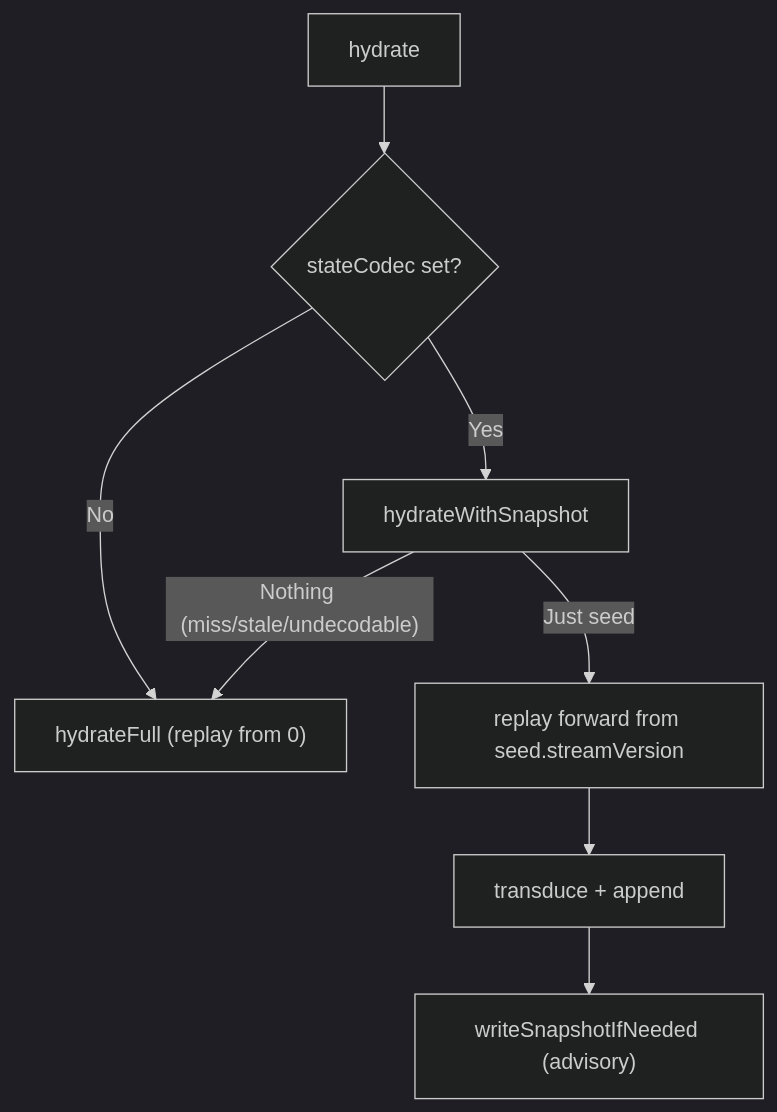
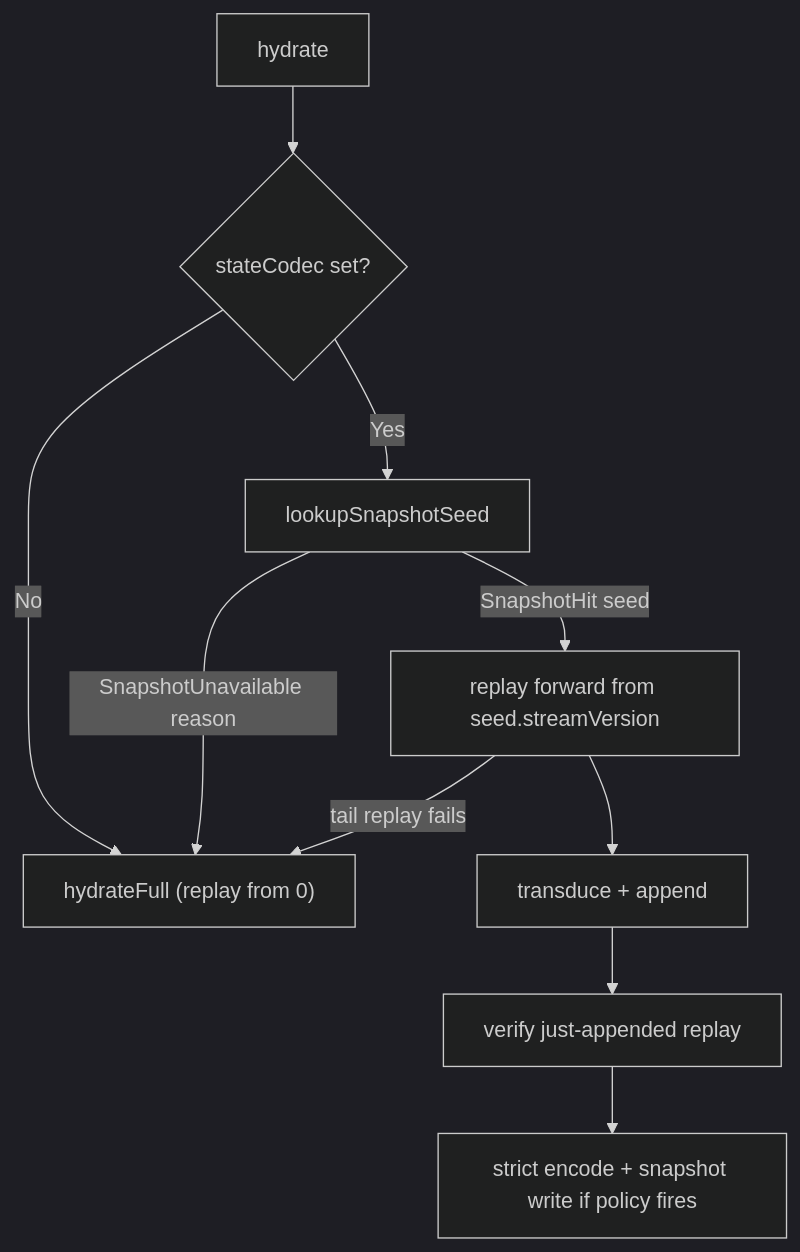
Before and after one commit to shinzui/keiro-runtime-docs: the diagram in content/docs/keiro/explanation/consistency-and-snapshots.mdx, drawn with Mermaid (dark theme). The commit also changed other lines of this file and 14 other files, not shown here.

First line of the commit message:
docs(keiro): explain advisory snapshot recovery

````diff
--- a/content/docs/keiro/explanation/consistency-and-snapshots.mdx
+++ b/content/docs/keiro/explanation/consistency-and-snapshots.mdx
@@ -42,10 +42,12 @@
 ```mermaid
 flowchart TD
   H["hydrate"] --> C{"stateCodec set?"}
   C -- "No" --> Full["hydrateFull (replay from 0)"]
-  C -- "Yes" --> L["hydrateWithSnapshot"]
-  L -- "Nothing (miss/stale/undecodable)" --> Full
-  L -- "Just seed" --> R["replay forward from seed.streamVersion"]
+  C -- "Yes" --> L["lookupSnapshotSeed"]
+  L -- "SnapshotUnavailable reason" --> Full
+  L -- "SnapshotHit seed" --> R["replay forward from seed.streamVersion"]
+  R -- "tail replay fails" --> Full
   R --> D["transduce + append"]
-  D --> W["writeSnapshotIfNeeded (advisory)"]
+  D --> V["verify just-appended replay"]
+  V --> W["strict encode + snapshot write if policy fires"]
 ```
````
